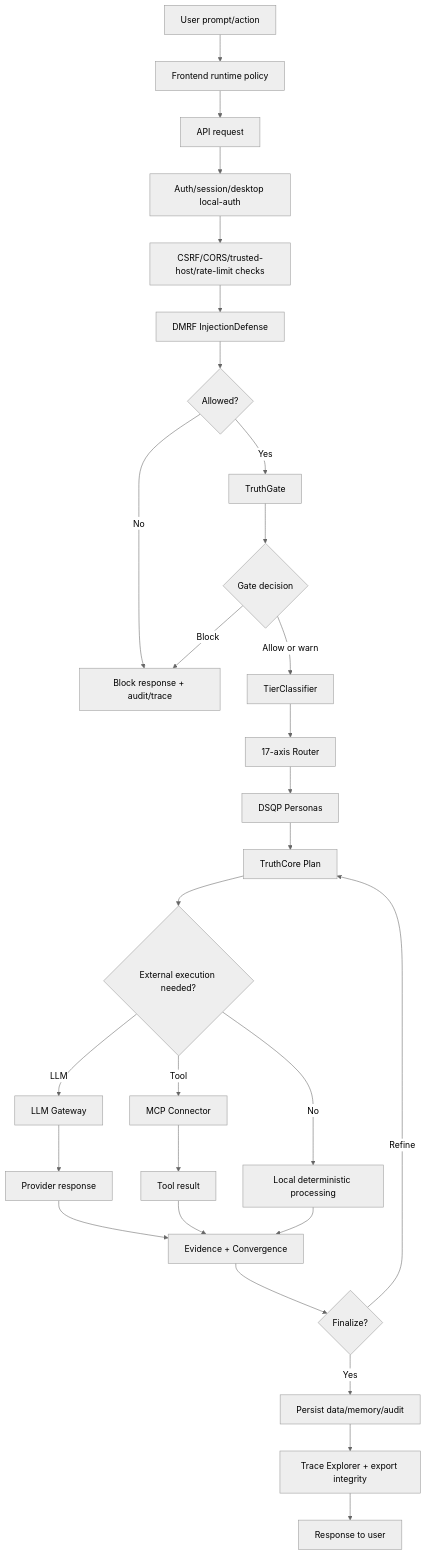
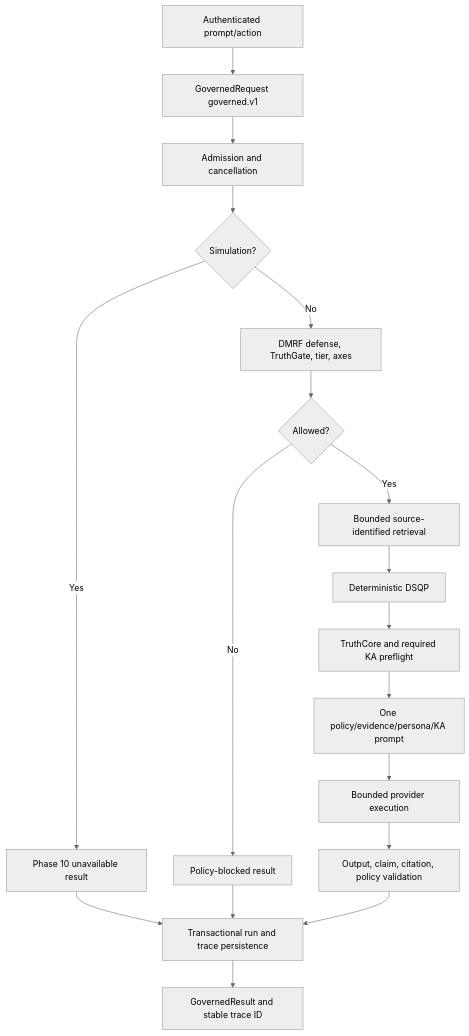
One commit to kherrera6219/DataLogicEngine changed the second of 10 diagrams in docs/DATA_FLOW_DIAGRAMS.md. Above: the diagram before and after it, drawn with Mermaid (neutral theme). The commit also changed other lines of this file and 99 other files, not shown here.

Commit message:
Complete Phase 5 canonical governed execution checkpoint

````diff
--- a/docs/DATA_FLOW_DIAGRAMS.md
+++ b/docs/DATA_FLOW_DIAGRAMS.md
@@ -82,31 +84,20 @@
 ```mermaid
 flowchart TD
-    A[User prompt/action] --> B[Frontend runtime policy]
-    B --> C[API request]
-    C --> D[Auth/session/desktop local-auth]
-    D --> E[CSRF/CORS/trusted-host/rate-limit checks]
-    E --> F[DMRF InjectionDefense]
-    F --> G{Allowed?}
-    G -- No --> X[Block response + audit/trace]
-    G -- Yes --> H[TruthGate]
-    H --> I{Gate decision}
-    I -- Block --> X
-    I -- Allow or warn --> J[TierClassifier]
-    J --> K[17-axis Router]
-    K --> L[DSQP Personas]
-    L --> M[TruthCore Plan]
-    M --> N{External execution needed?}
-    N -- LLM --> O[LLM Gateway]
-    N -- Tool --> P[MCP Connector]
-    N -- No --> Q[Local deterministic processing]
-    O --> R[Provider response]
-    P --> S[Tool result]
-    R --> T[Evidence + Convergence]
-    S --> T
-    Q --> T
-    T --> U{Finalize?}
-    U -- Refine --> M
-    U -- Yes --> V[Persist data/memory/audit]
-    V --> W[Trace Explorer + export integrity]
-    W --> Y[Response to user]
+    A[Authenticated prompt/action] --> B[GovernedRequest governed.v1]
+    B --> C[Admission and cancellation]
+    C --> D{Simulation?}
+    D -- Yes --> X[Phase 10 unavailable result]
+    D -- No --> E[DMRF defense, TruthGate, tier, axes]
+    E --> F{Allowed?}
+    F -- No --> Y[Policy-blocked result]
+    F -- Yes --> G[Bounded source-identified retrieval]
+    G --> H[Deterministic DSQP]
+    H --> I[TruthCore and required KA preflight]
+    I --> J[One policy/evidence/persona/KA prompt]
+    J --> K[Bounded provider execution]
+    K --> L[Output, claim, citation, policy validation]
+    L --> M[Transactional run and trace persistence]
+    X --> M
+    Y --> M
+    M --> N[GovernedResult and stable trace ID]
 ```
````
